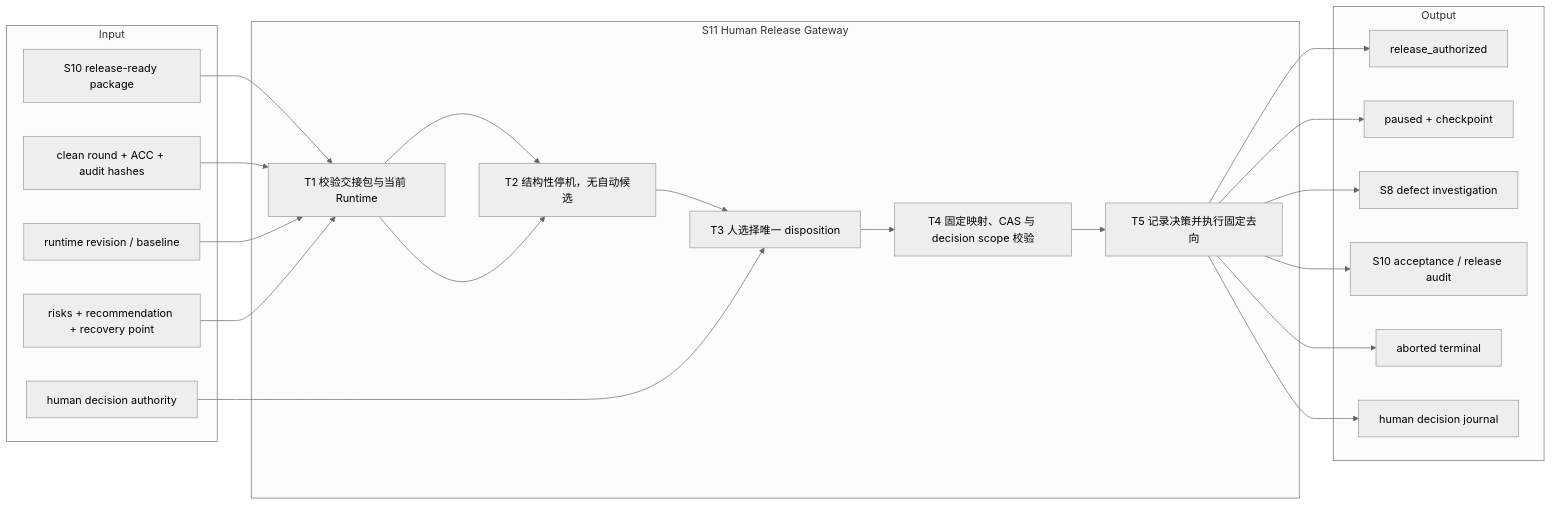
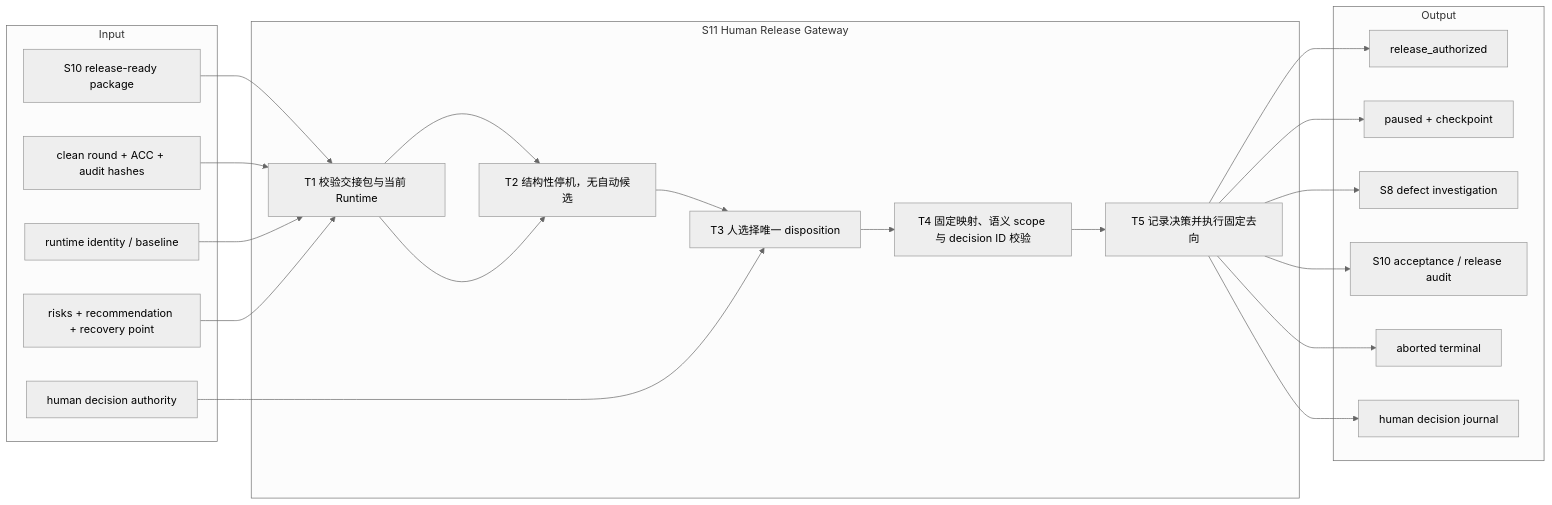
Before and after one commit to entroforge/go-system-builder: the first of 2 diagrams in blueprint/L3-S11-release-gate.md, drawn with Mermaid (neutral theme). The commit also changed other lines of this file and 110 other files, not shown here.

First line of the commit message:
fix: simplify runtime revision and lifecycle evidence flows (#4)

````diff
--- a/blueprint/L3-S11-release-gate.md
+++ b/blueprint/L3-S11-release-gate.md
@@ -28,39 +30,39 @@
 ```mermaid
 flowchart LR
     subgraph INPUT["Input"]
         I1["S10 release-ready package"]
         I2["clean round + ACC + audit hashes"]
-        I3["runtime revision / baseline"]
+        I3["runtime identity / baseline"]
         I4["risks + recommendation + recovery point"]
         I5["human decision authority"]
     end
 
     subgraph S11["S11 Human Release Gateway"]
         T1["T1 校验交接包与当前 Runtime"] --> T2["T2 结构性停机，无自动候选"]
         T2 --> T3["T3 人选择唯一 disposition"]
-        T3 --> T4["T4 固定映射、CAS 与 decision scope 校验"]
+        T3 --> T4["T4 固定映射、语义 scope 与 decision ID 校验"]
         T4 --> T5["T5 记录决策并执行固定去向"]
     end
 
     subgraph OUTPUT["Output"]
         O1["release_authorized"]
         O2["paused + checkpoint"]
         O3["S8 defect investigation"]
         O4["S10 acceptance / release audit"]
         O5["aborted terminal"]
         O6["human decision journal"]
     end
 
     I1 --> T1
     I2 --> T1
     I3 --> T1
     I4 --> T1
     I5 --> T3
     T1 --> T2
     T5 --> O1
     T5 --> O2
     T5 --> O3
     T5 --> O4
     T5 --> O5
     T5 --> O6
 ```
````
